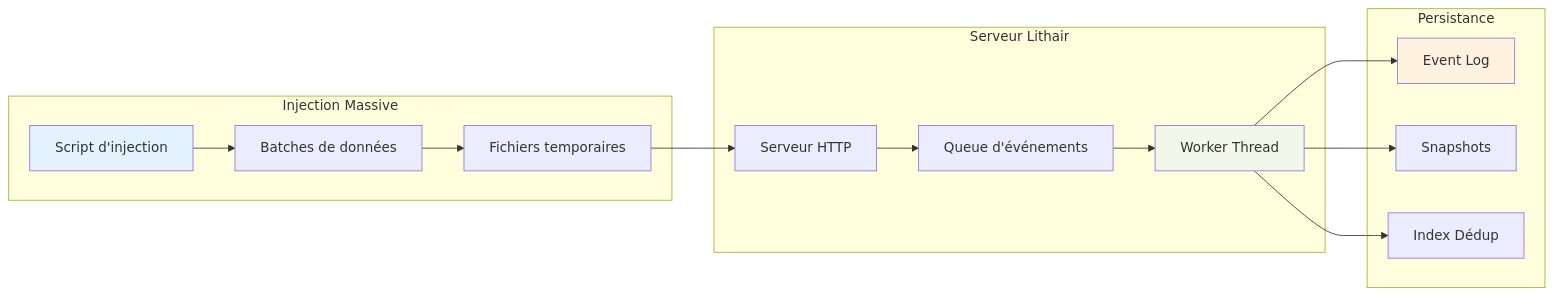
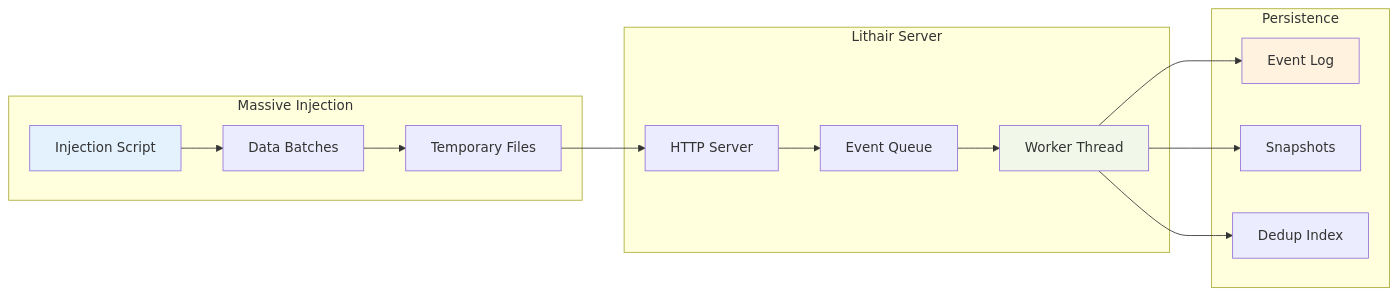
Diagram 13 of 15 in docs/architecture/system-design.md (lithair/lithair), drawn with Mermaid before and after one commit. The commit also changed other lines of this file and 84 other files, not shown here.

````diff
--- a/docs/architecture/system-design.md
+++ b/docs/architecture/system-design.md
@@ -438,33 +438,33 @@
 ```mermaid
 flowchart LR
-    subgraph "Injection Massive"
-        SCRIPT[Script d'injection]
-        BATCHES[Batches de données]
-        TEMP_FILES[Fichiers temporaires]
+    subgraph "Massive Injection"
+        SCRIPT[Injection Script]
+        BATCHES[Data Batches]
+        TEMP_FILES[Temporary Files]
     end
 
-    subgraph "Serveur Lithair"
-        HTTP_SERVER[Serveur HTTP]
-        EVENT_QUEUE[Queue d'événements]
+    subgraph "Lithair Server"
+        HTTP_SERVER[HTTP Server]
+        EVENT_QUEUE[Event Queue]
         WORKER[Worker Thread]
     end
 
-    subgraph "Persistance"
+    subgraph "Persistence"
         EVENT_LOG[Event Log]
         SNAPSHOTS[Snapshots]
-        DEDUP_INDEX[Index Dédup]
+        DEDUP_INDEX[Dedup Index]
     end
 
     SCRIPT --> BATCHES
     BATCHES --> TEMP_FILES
     TEMP_FILES --> HTTP_SERVER
     HTTP_SERVER --> EVENT_QUEUE
     EVENT_QUEUE --> WORKER
     WORKER --> EVENT_LOG
     WORKER --> SNAPSHOTS
     WORKER --> DEDUP_INDEX
 
     style SCRIPT fill:#e3f2fd
     style WORKER fill:#f1f8e9
     style EVENT_LOG fill:#fff3e0
 ```
````
